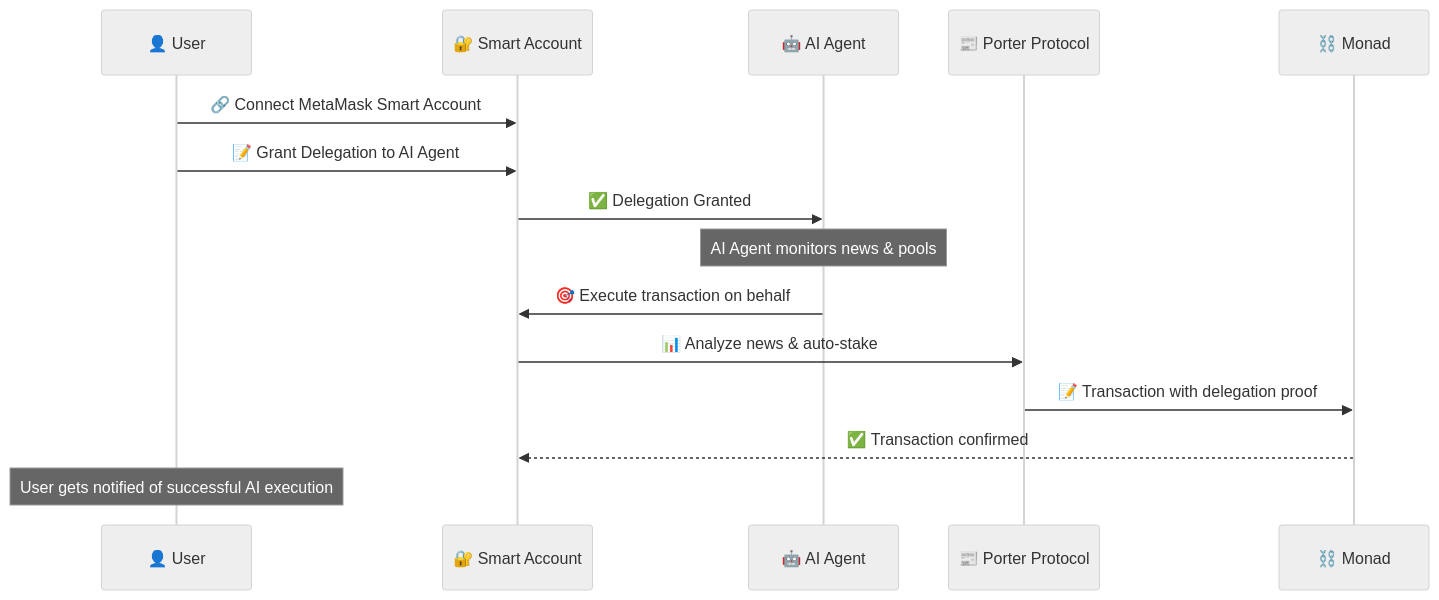
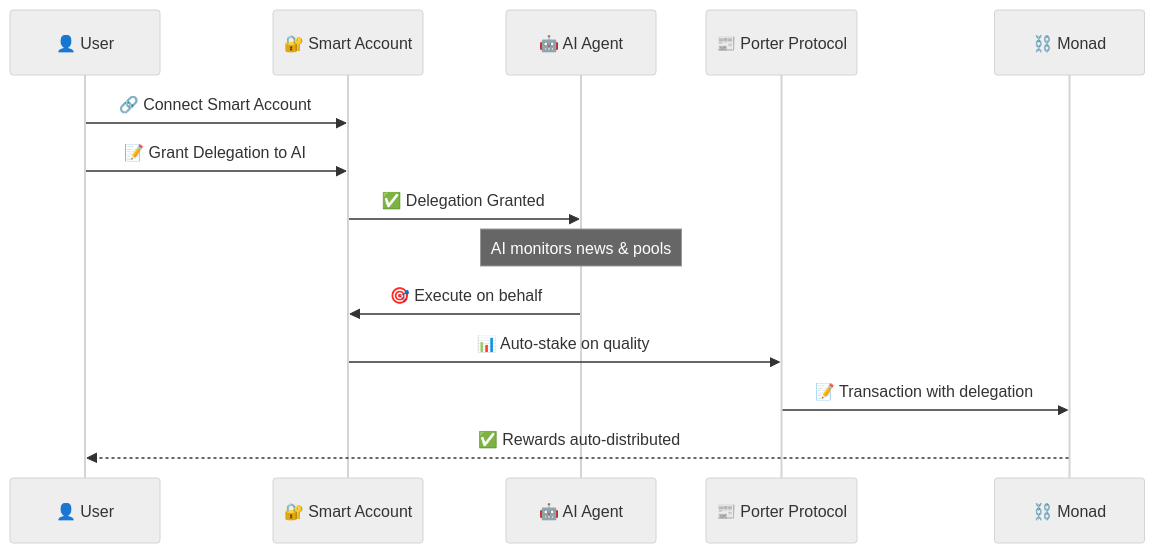
The diagram in README.MD (luthfidi/porter-news), drawn with Mermaid before and after one commit. The commit also changed other lines of this file, not shown here.

````diff
--- a/README.MD
+++ b/README.MD
@@ -71,21 +95,19 @@
 ```mermaid
 %%{init: {'theme': 'neutral'}}%%
 sequenceDiagram
     participant User as 👤 User
     participant SmartAccount as 🔐 Smart Account
     participant AIAgent as 🤖 AI Agent
     participant Porter as 📰 Porter Protocol
     participant Monad as ⛓️ Monad
 
-    User->>SmartAccount: 🔗 Connect MetaMask Smart Account
-    User->>SmartAccount: 📝 Grant Delegation to AI Agent
+    User->>SmartAccount: 🔗 Connect Smart Account
+    User->>SmartAccount: 📝 Grant Delegation to AI
     SmartAccount->>AIAgent: ✅ Delegation Granted
 
-    Note over AIAgent: AI Agent monitors news & pools
-    AIAgent->>SmartAccount: 🎯 Execute transaction on behalf
-    SmartAccount->>Porter: 📊 Analyze news & auto-stake
-    Porter->>Monad: 📝 Transaction with delegation proof
-    Monad-->>SmartAccount: ✅ Transaction confirmed
-
-    Note over User: User gets notified of successful AI execution
+    Note over AIAgent: AI monitors news & pools
+    AIAgent->>SmartAccount: 🎯 Execute on behalf
+    SmartAccount->>Porter: 📊 Auto-stake on quality
+    Porter->>Monad: 📝 Transaction with delegation
+    Monad-->>User: ✅ Rewards auto-distributed
 ```
````
